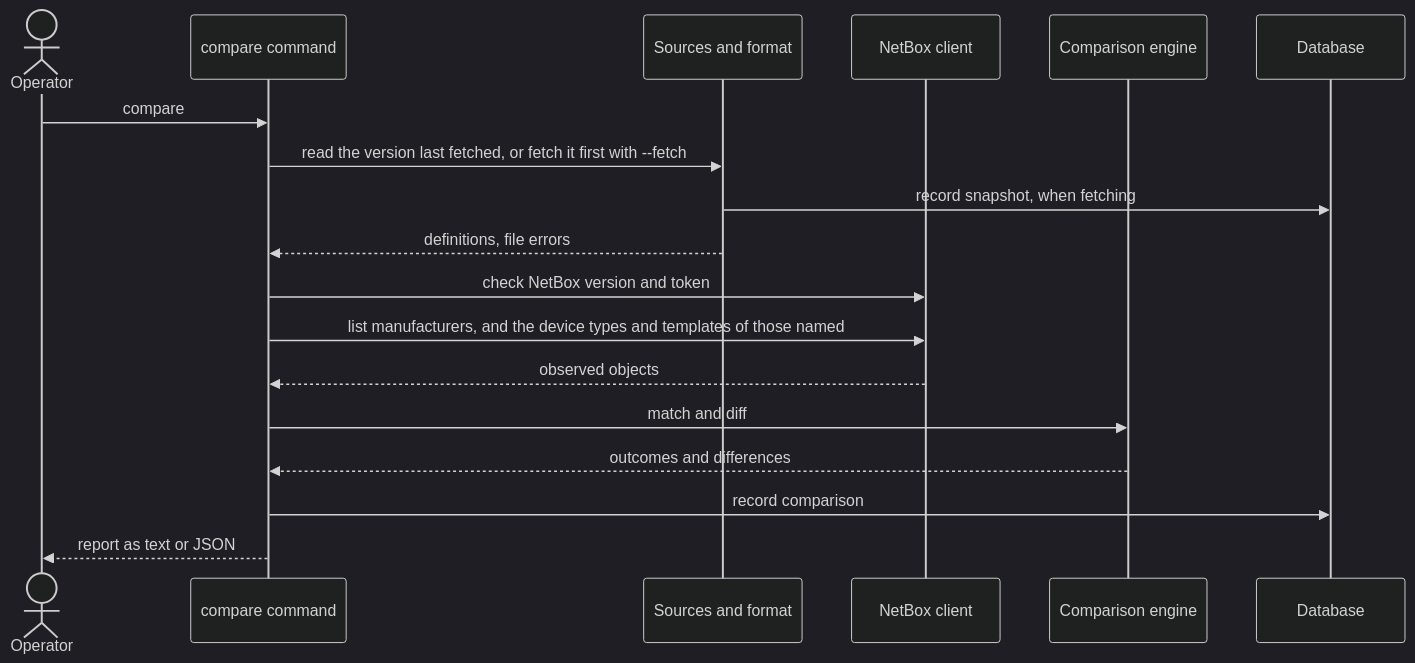
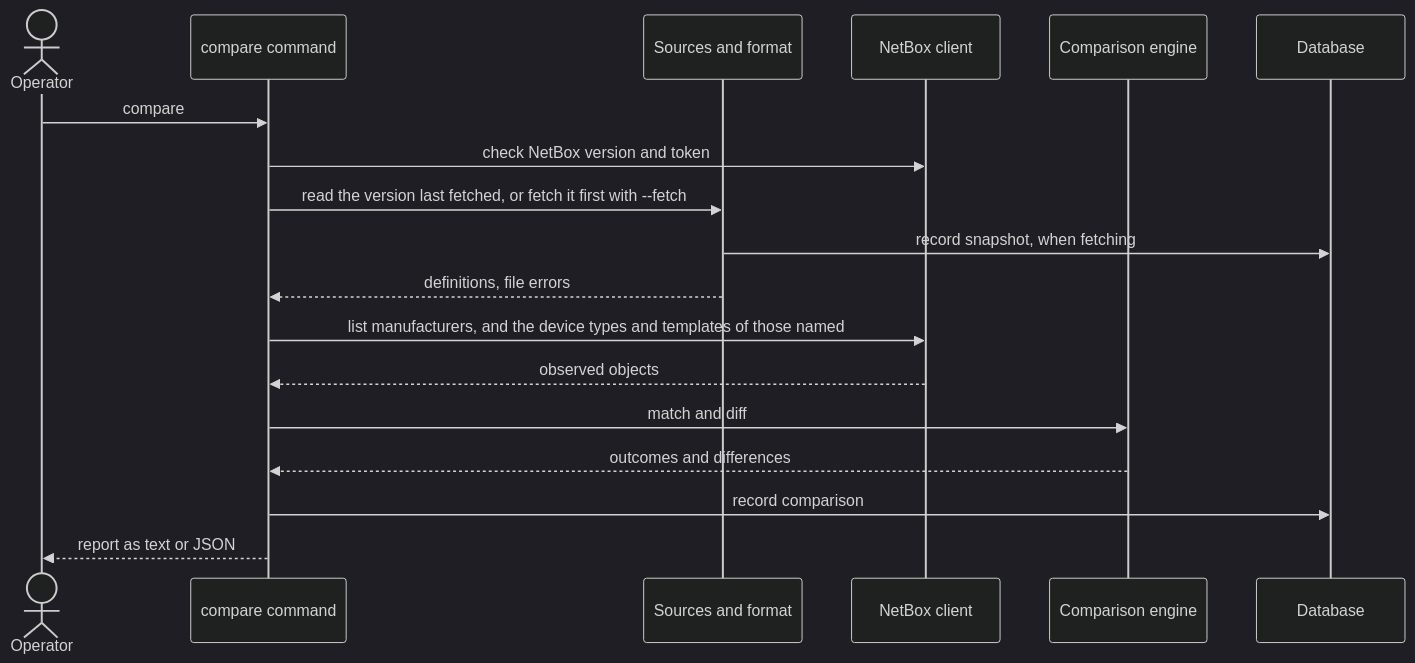
The third of 10 diagrams in docs/architecture.md (zeddD1abl0/netbox-trueup-ai), drawn with Mermaid (dark theme) before and after one commit. The commit also changed other lines of this file and 6 other files, not shown here.

````diff
--- a/docs/architecture.md
+++ b/docs/architecture.md
@@ -144,21 +144,21 @@
 ```mermaid
 sequenceDiagram
     actor Op as Operator
     participant CLI as compare command
     participant Src as Sources and format
     participant NB as NetBox client
     participant Cmp as Comparison engine
     participant DB as Database
 
     Op->>CLI: compare
+    CLI->>NB: check NetBox version and token
     CLI->>Src: read the version last fetched, or fetch it first with --fetch
     Src->>DB: record snapshot, when fetching
     Src-->>CLI: definitions, file errors
-    CLI->>NB: check NetBox version and token
     CLI->>NB: list manufacturers, and the device types and templates of those named
     NB-->>CLI: observed objects
     CLI->>Cmp: match and diff
     Cmp-->>CLI: outcomes and differences
     CLI->>DB: record comparison
     CLI-->>Op: report as text or JSON
 ```
````
